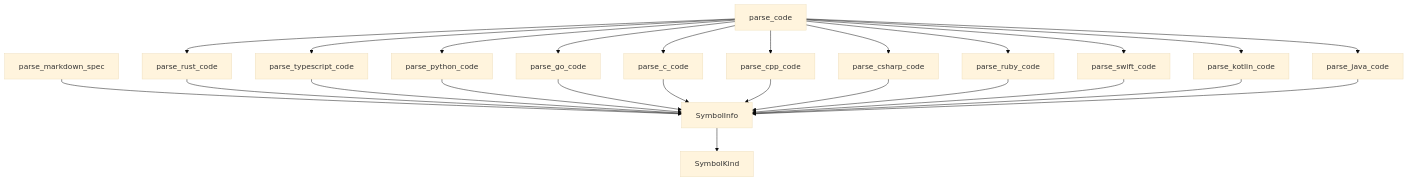
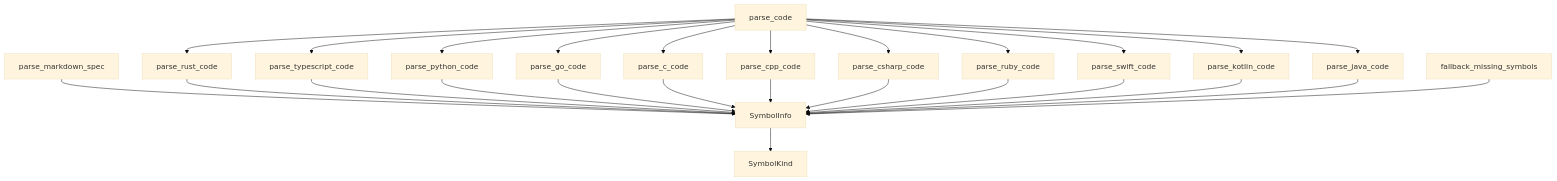
Before and after one commit to DovahkiinYuzuko/DocsAuditor: the diagram in docs/variables'n'functions/[Rust]parser.md, drawn with Mermaid (base theme). The commit also changed other lines of this file and 3 other files, not shown here.

````diff
--- a/docs/variables'n'functions/[Rust]parser.md
+++ b/docs/variables'n'functions/[Rust]parser.md
@@ -149,27 +160,28 @@
 ```mermaid
 graph TD
     parse_markdown_spec --> SymbolInfo
     parse_code --> parse_rust_code
     parse_code --> parse_typescript_code
     parse_code --> parse_python_code
     parse_code --> parse_go_code
     parse_code --> parse_c_code
     parse_code --> parse_cpp_code
     parse_code --> parse_csharp_code
     parse_code --> parse_ruby_code
     parse_code --> parse_swift_code
     parse_code --> parse_kotlin_code
     parse_code --> parse_java_code
     parse_rust_code --> SymbolInfo
     parse_typescript_code --> SymbolInfo
     parse_python_code --> SymbolInfo
     parse_go_code --> SymbolInfo
     parse_c_code --> SymbolInfo
     parse_cpp_code --> SymbolInfo
     parse_csharp_code --> SymbolInfo
     parse_ruby_code --> SymbolInfo
     parse_swift_code --> SymbolInfo
     parse_kotlin_code --> SymbolInfo
     parse_java_code --> SymbolInfo
+    fallback_missing_symbols --> SymbolInfo
     SymbolInfo --> SymbolKind
 ```
````
